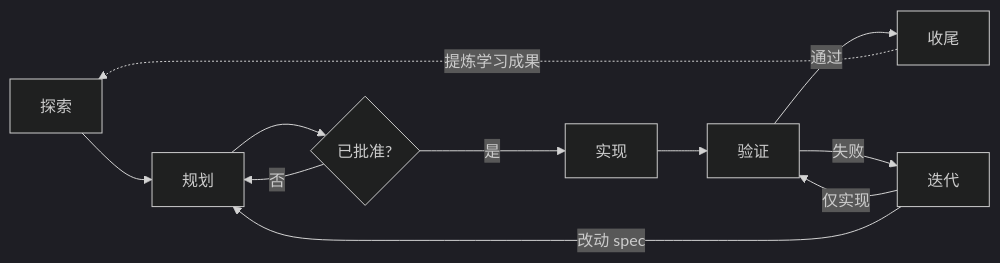
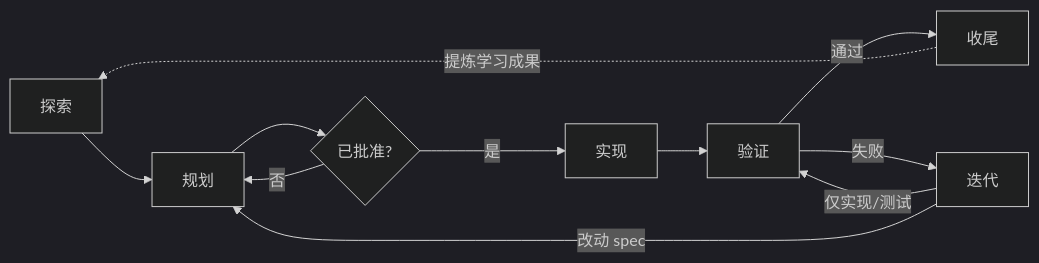
One commit to Mininglamp-OSS/octo-spec changed the second of 2 diagrams in README.zh-CN.md. Above: the diagram before and after it, drawn with Mermaid (dark theme). The commit also changed other lines of this file and 16 other files, not shown here.

````diff
--- a/README.zh-CN.md
+++ b/README.zh-CN.md
@@ -122,11 +122,11 @@
 ```mermaid
 flowchart LR
     D["探索"] --> P["规划"] --> A{"已批准?"}
     A -->|是| I["实现"] --> V["验证"]
     A -->|否| P
     V -->|通过| F["收尾"]
     V -->|失败| IT["迭代"]
-    IT -->|仅实现| V
+    IT -->|仅实现/测试| V
     IT -->|改动 spec| P
     F -.提炼学习成果.-> D
 ```
````
